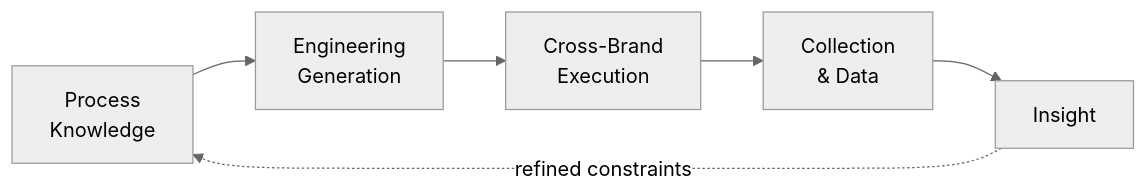
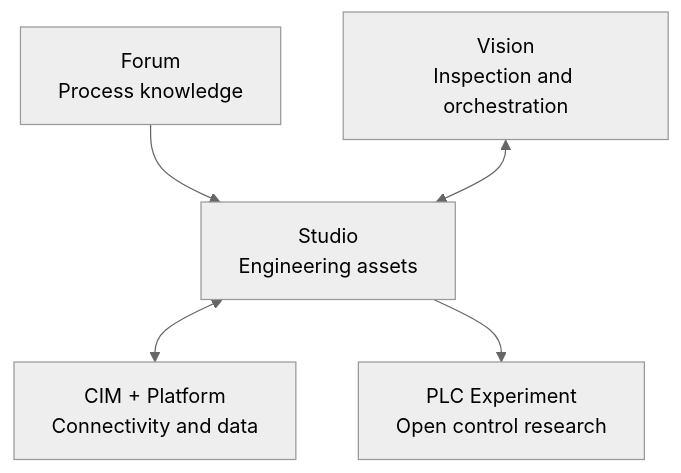
One commit to openIndu/.github changed the diagram in profile/README.md. Above: the diagram before and after it, drawn with Mermaid (neutral theme). The commit also changed other lines of this file and 1 other file, not shown here.

````diff
--- a/profile/README.md
+++ b/profile/README.md
@@ -41,8 +56,13 @@
 ```mermaid
-flowchart LR
-    A[Process<br/>Knowledge] --> B[Engineering<br/>Generation]
-    B --> C[Cross-Brand<br/>Execution]
-    C --> D[Collection<br/>& Data]
-    D --> E[Insight]
-    E -.->|refined constraints| A
+flowchart TB
+    F[Forum<br/>Process knowledge]
+    V[Vision<br/>Inspection and orchestration]
+    S[Studio<br/>Engineering assets]
+    C[CIM + Platform<br/>Connectivity and data]
+    P[PLC Experiment<br/>Open control research]
+
+    F --> S
+    V <--> S
+    S <--> C
+    S --> P
 ```
````
